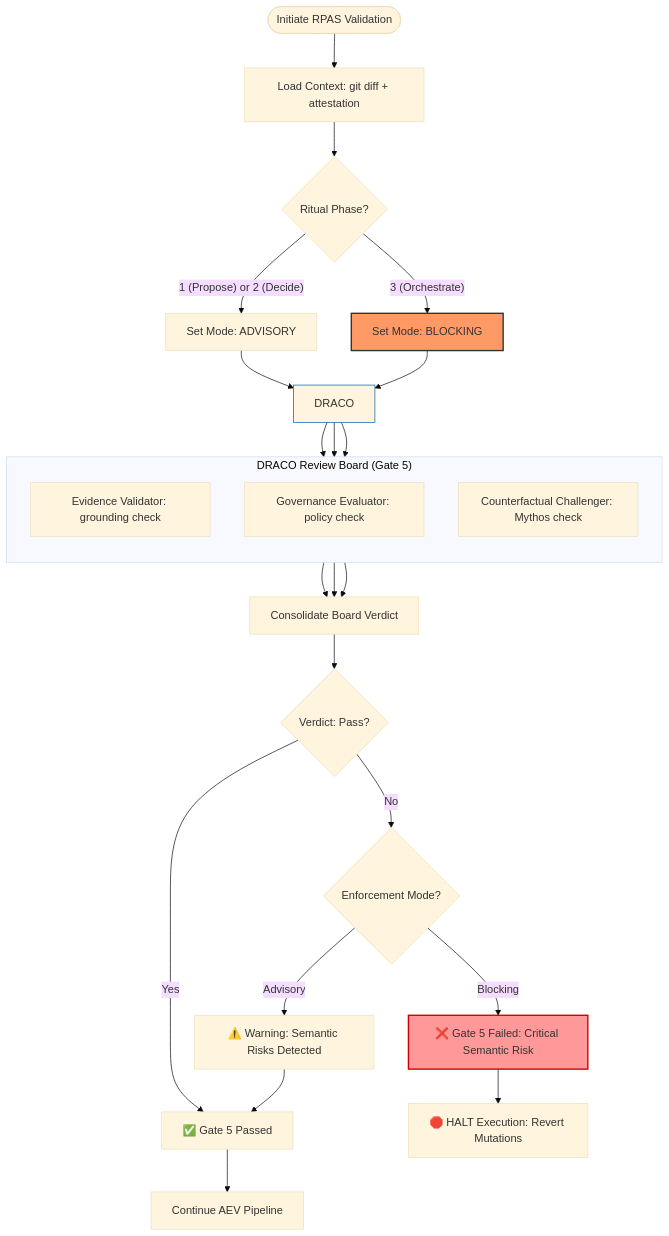
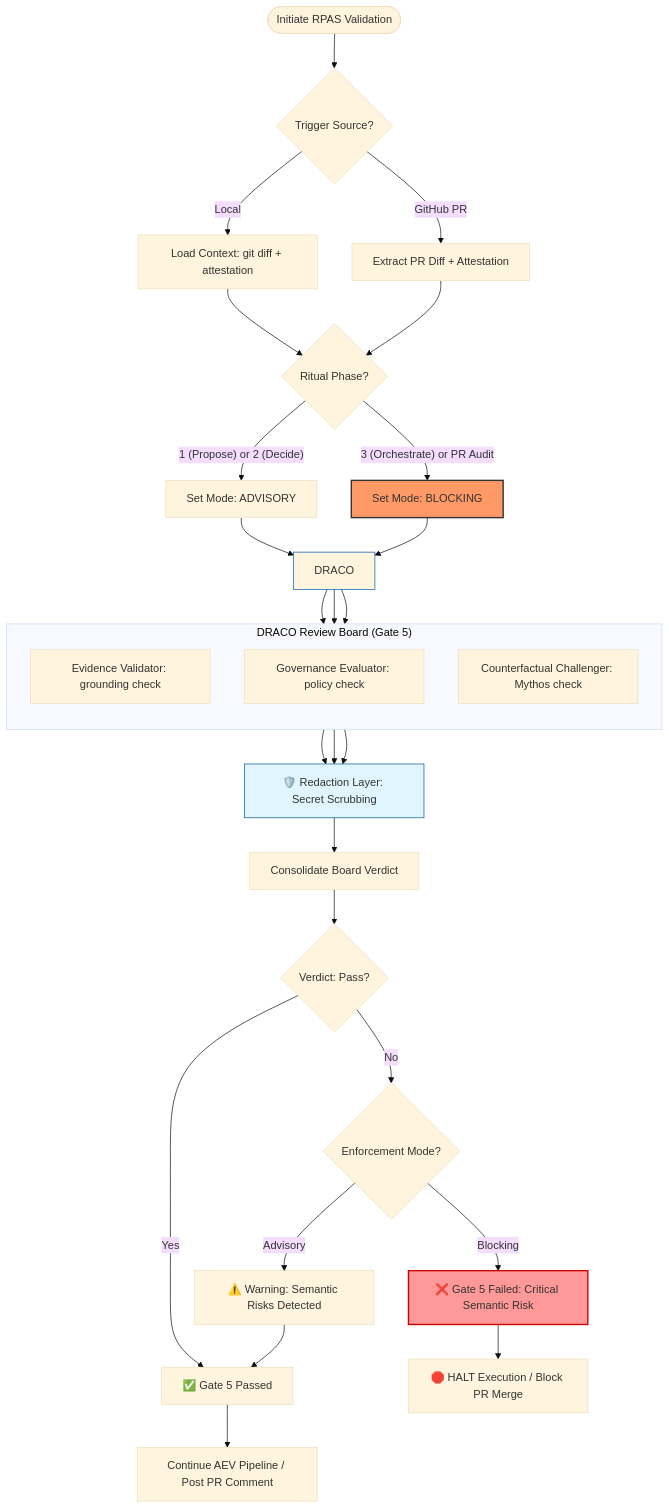
Before and after one commit to mdresch/adpa: the diagram in governance/visuals/Gate-5-Flow.md, drawn with Mermaid (base theme). The commit also changed other lines of this file and 36 other files, not shown here.

Commit message:
SAFE (RPAS): Certifying v2.4.1 (CSR-43) Baseline | DRACO Gate 5 PASSED

````diff
--- a/governance/visuals/Gate-5-Flow.md
+++ b/governance/visuals/Gate-5-Flow.md
@@ -5,41 +5,48 @@
 ```mermaid
 graph TD
-    Start([Initiate RPAS Validation]) --> GetContext[Load Context: git diff + attestation]
-    GetContext --> PhaseCheck{Ritual Phase?}
+    Start([Initiate RPAS Validation]) --> Trigger{Trigger Source?}
+    
+    Trigger -- Local --> GetContext[Load Context: git diff + attestation]
+    Trigger -- GitHub PR --> PRContext[Extract PR Diff + Attestation]
+    
+    GetContext & PRContext --> PhaseCheck{Ritual Phase?}
     
     PhaseCheck -- "1 (Propose) or 2 (Decide)" --> SetAdvisory[Set Mode: ADVISORY]
-    PhaseCheck -- "3 (Orchestrate)" --> SetBlocking[Set Mode: BLOCKING]
+    PhaseCheck -- "3 (Orchestrate) or PR Audit" --> SetBlocking[Set Mode: BLOCKING]
     
     SetAdvisory --> DRACO
     SetBlocking --> DRACO
     
     subgraph DRACO Board ["DRACO Review Board (Gate 5)"]
         direction TB
         EV[Evidence Validator: grounding check]
         GE[Governance Evaluator: policy check]
         CC[Counterfactual Challenger: Mythos check]
     end
     
     DRACO --> EV
     DRACO --> GE
     DRACO --> CC
     
-    EV & GE & CC --> Consolidate[Consolidate Board Verdict]
+    EV & GE & CC --> Redaction[🛡️ Redaction Layer: Secret Scrubbing]
+    
+    Redaction --> Consolidate[Consolidate Board Verdict]
     
     Consolidate --> GateCheck{Verdict: Pass?}
     
     GateCheck -- Yes --> PassGate[✅ Gate 5 Passed]
     GateCheck -- No --> ModeCheck{Enforcement Mode?}
     
     ModeCheck -- Advisory --> Warn[⚠️ Warning: Semantic Risks Detected]
     Warn --> PassGate
     
     ModeCheck -- Blocking --> FailGate[❌ Gate 5 Failed: Critical Semantic Risk]
     
-    PassGate --> Continue[Continue AEV Pipeline]
-    FailGate --> Halt[🛑 HALT Execution: Revert Mutations]
+    PassGate --> Continue[Continue AEV Pipeline / Post PR Comment]
+    FailGate --> Halt[🛑 HALT Execution / Block PR Merge]
 
     style SetBlocking fill:#f96,stroke:#333,stroke-width:2px
     style FailGate fill:#ff9999,stroke:#c00,stroke-width:2px
     style DRACO Board fill:#f0f7ff,stroke:#005bb7
+    style Redaction fill:#e1f5fe,stroke:#01579b
 ```
````
